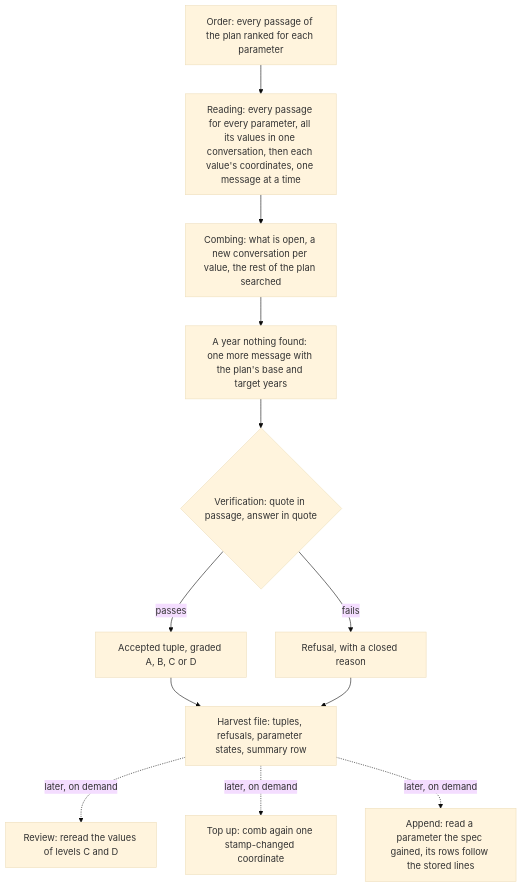
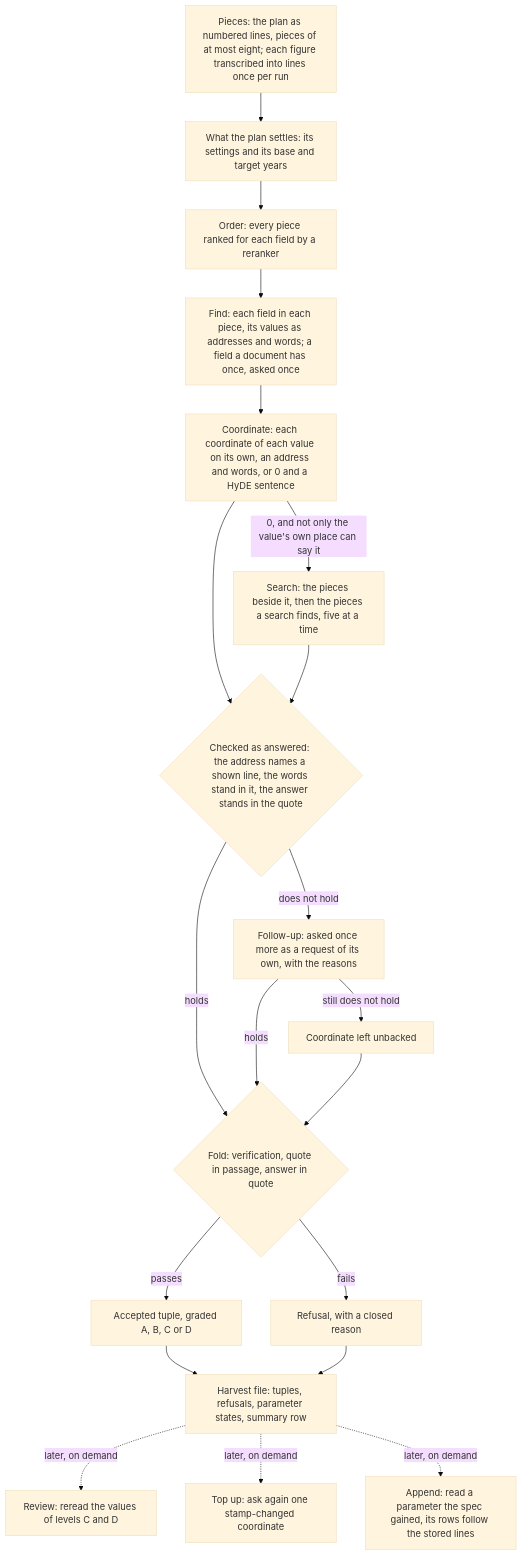
Before and after one commit to OpenEnergyPlatform/municipal-heat-planning-pdf-processing: the first of 2 diagrams in docs/_intros/stages/extraction.md, drawn with Mermaid (base theme). The commit also changed other lines of this file and 128 other files, not shown here.

````diff
--- a/docs/_intros/stages/extraction.md
+++ b/docs/_intros/stages/extraction.md
@@ -43,14 +43,22 @@
 ```mermaid
 flowchart TD
-    order[Order: every passage of the plan ranked for each parameter] --> reading[Reading: every passage for every parameter, all its values in one conversation, then each value's coordinates, one message at a time]
-    reading --> comb[Combing: what is open, a new conversation per value, the rest of the plan searched]
-    comb --> years[A year nothing found: one more message with the plan's base and target years]
-    years --> verify{Verification: quote in passage, answer in quote}
-    verify -->|passes| tuple[Accepted tuple, graded A, B, C or D]
-    verify -->|fails| refusal[Refusal, with a closed reason]
+    cut[Pieces: the plan as numbered lines, pieces of at most eight; each figure transcribed into lines once per run] --> settled[What the plan settles: its settings and its base and target years]
+    settled --> order[Order: every piece ranked for each field by a reranker]
+    order --> find[Find: each field in each piece, its values as addresses and words; a field a document has once, asked once]
+    find --> coord[Coordinate: each coordinate of each value on its own, an address and words, or 0 and a HyDE sentence]
+    coord -->|0, and not only the value's own place can say it| search[Search: the pieces beside it, then the pieces a search finds, five at a time]
+    coord --> check{Checked as answered: the address names a shown line, the words stand in it, the answer stands in the quote}
+    search --> check
+    check -->|does not hold| follow[Follow-up: asked once more as a request of its own, with the reasons]
+    follow -->|still does not hold| unbacked[Coordinate left unbacked]
+    check -->|holds| fold
+    follow -->|holds| fold
+    unbacked --> fold
+    fold{Fold: verification, quote in passage, answer in quote} -->|passes| tuple[Accepted tuple, graded A, B, C or D]
+    fold -->|fails| refusal[Refusal, with a closed reason]
     tuple --> harvest[Harvest file: tuples, refusals, parameter states, summary row]
     refusal --> harvest
     harvest -. later, on demand .-> review[Review: reread the values of levels C and D]
-    harvest -. later, on demand .-> topup[Top up: comb again one stamp-changed coordinate]
+    harvest -. later, on demand .-> topup[Top up: ask again one stamp-changed coordinate]
     harvest -. later, on demand .-> append[Append: read a parameter the spec gained, its rows follow the stored lines]
 ```
````
